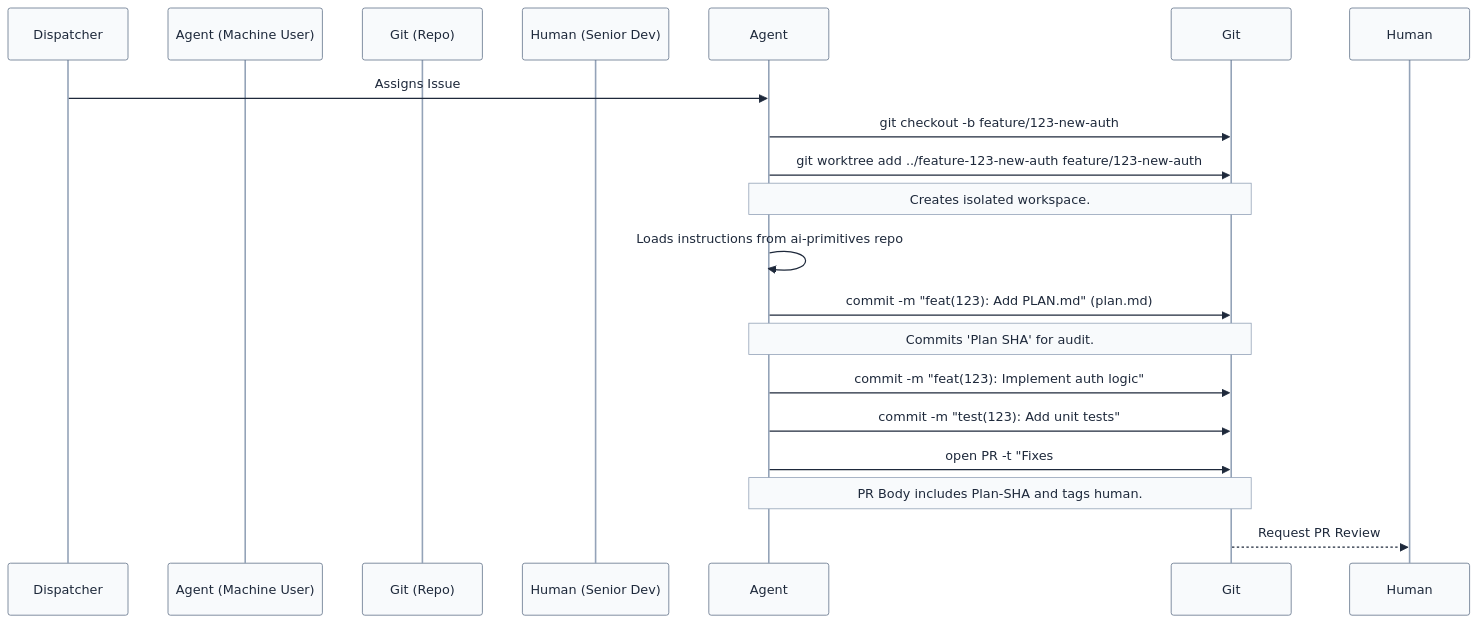
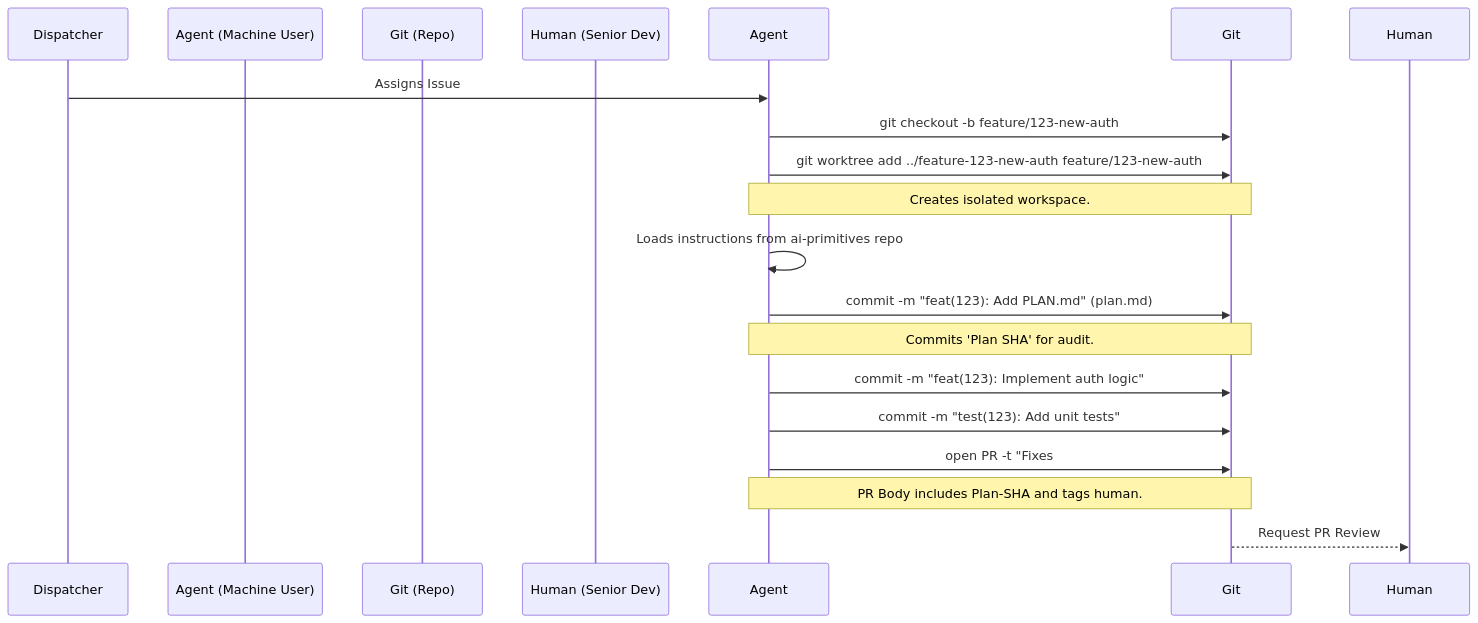
One commit to donbr/github-agentic-om changed the sixth of 8 diagrams in github-native-operating-model.md. Above: the diagram before and after it, drawn with Mermaid. The commit also changed other lines of this file, not shown here.

````diff
--- a/github-native-operating-model.md
+++ b/github-native-operating-model.md
@@ -385,21 +334,20 @@
 ```mermaid
-%%{init: {"theme":"base", "themeVariables": {"primaryColor":"#E0E7FF","primaryTextColor":"#1E293B","primaryBorderColor":"#64748B","signalColor":"#1E293B","signalTextColor":"#1E293B","actorLineColor":"#94A3B8","actorBkg":"#F8FAFC","actorBorder":"#64748B","actorTextColor":"#1E293B","labelBoxBkgColor":"#F8FAFC","labelTextColor":"#1E293B","activationBorderColor":"#64748B","activationBkgColor":"#F8FAFC","noteBkgColor":"#F8FAFC","noteTextColor":"#1E293B","noteBorderColor":"#94A3B8"}}}%%
 sequenceDiagram
     participant Dispatcher
     participant Agent (Machine User)
     participant Git (Repo)
     participant Human (Senior Dev)
 
     Dispatcher->>Agent: Assigns Issue #123
     Agent->>Git: git checkout -b feature/123-new-auth
     Agent->>Git: git worktree add ../feature-123-new-auth feature/123-new-auth
     Note over Agent,Git: Creates isolated workspace.
     Agent->>Agent: Loads instructions from ai-primitives repo
     Agent->>Git: commit -m "feat(123): Add PLAN.md" (plan.md)
     Note over Agent,Git: Commits 'Plan SHA' for audit.
     Agent->>Git: commit -m "feat(123): Implement auth logic"
     Agent->>Git: commit -m "test(123): Add unit tests"
     Agent->>Git: open PR -t "Fixes #123" -b "..."
     Note over Agent,Git: PR Body includes Plan-SHA and tags human.
     Git-->>Human: Request PR Review
 ```
````
